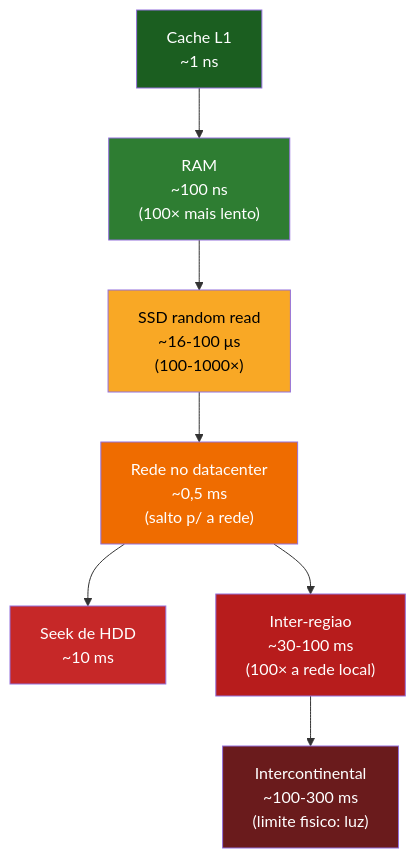
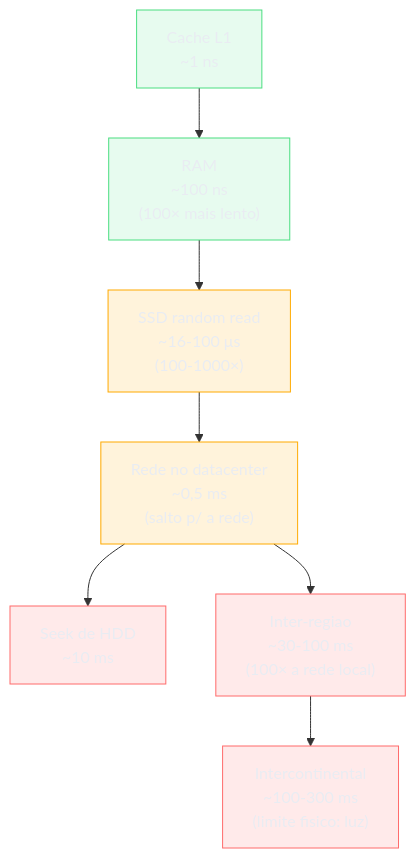
One commit to josenaldo/codex-technomanticus changed the first of 5 diagrams in 03-Dominios/Ciência/Redes e Protocolos/12 - Latência, throughput e os números.md. Above: the diagram before and after it, drawn with Mermaid. The commit also changed other lines of this file and 1181 other files, not shown here.

First line of the commit message:
fix(diagramas): paleta do sistema no lugar de cor cravada no markdown

````diff
--- a/03-Dominios/Ciência/Redes e Protocolos/12 - Latência, throughput e os números.md
+++ b/03-Dominios/Ciência/Redes e Protocolos/12 - Latência, throughput e os números.md
@@ -90,17 +90,20 @@
 ```mermaid
 flowchart TD
+    classDef ok fill:#4ADE8021,stroke:#4ADE80,color:#E9ECF2
+    classDef destaque fill:#FFAA0024,stroke:#FFAA00,color:#E9ECF2
+    classDef falha fill:#FF6B6B24,stroke:#FF6B6B,color:#E9ECF2
     L1["Cache L1<br/>~1 ns"] --> RAM["RAM<br/>~100 ns<br/>(100&times; mais lento)"]
     RAM --> SSD["SSD random read<br/>~16-100 &mu;s<br/>(100-1000&times;)"]
     SSD --> DC["Rede no datacenter<br/>~0,5 ms<br/>(salto p/ a rede)"]
     DC --> HDD["Seek de HDD<br/>~10 ms"]
     DC --> REG["Inter-regiao<br/>~30-100 ms<br/>(100&times; a rede local)"]
     REG --> INTER["Intercontinental<br/>~100-300 ms<br/>(limite fisico: luz)"]
 
-    style L1 fill:#1b5e20,color:#fff
-    style RAM fill:#2e7d32,color:#fff
-    style SSD fill:#f9a825,color:#000
-    style DC fill:#ef6c00,color:#fff
-    style HDD fill:#c62828,color:#fff
-    style REG fill:#b71c1c,color:#fff
-    style INTER fill:#6a1b1c,color:#fff
+    class L1 ok
+    class RAM ok
+    class SSD destaque
+    class DC destaque
+    class HDD falha
+    class REG falha
+    class INTER falha
 ```
````
